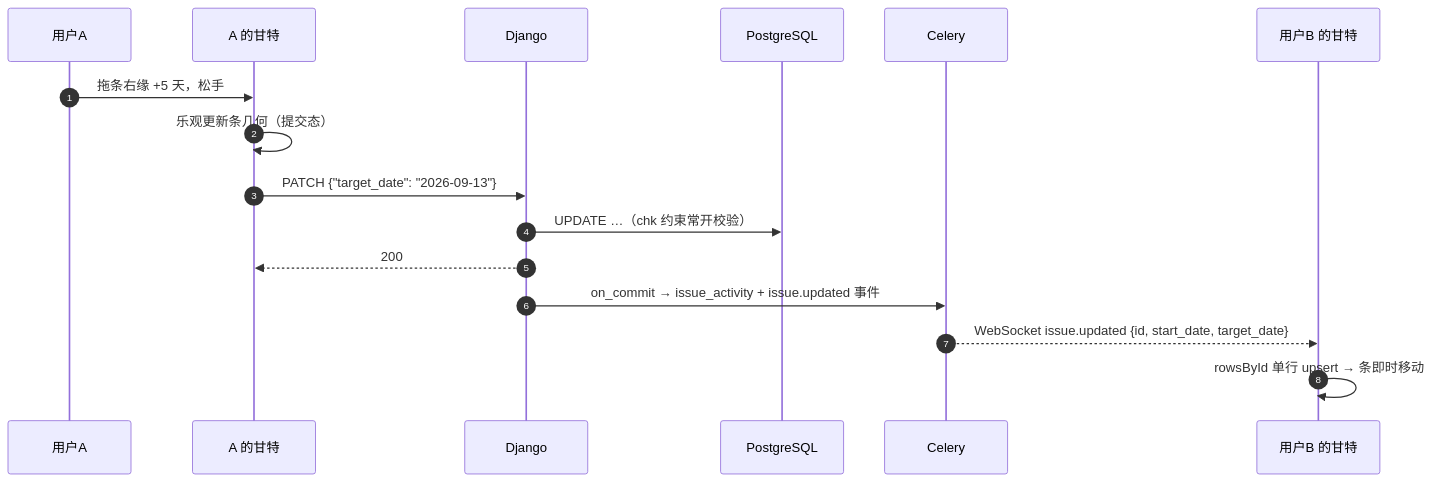
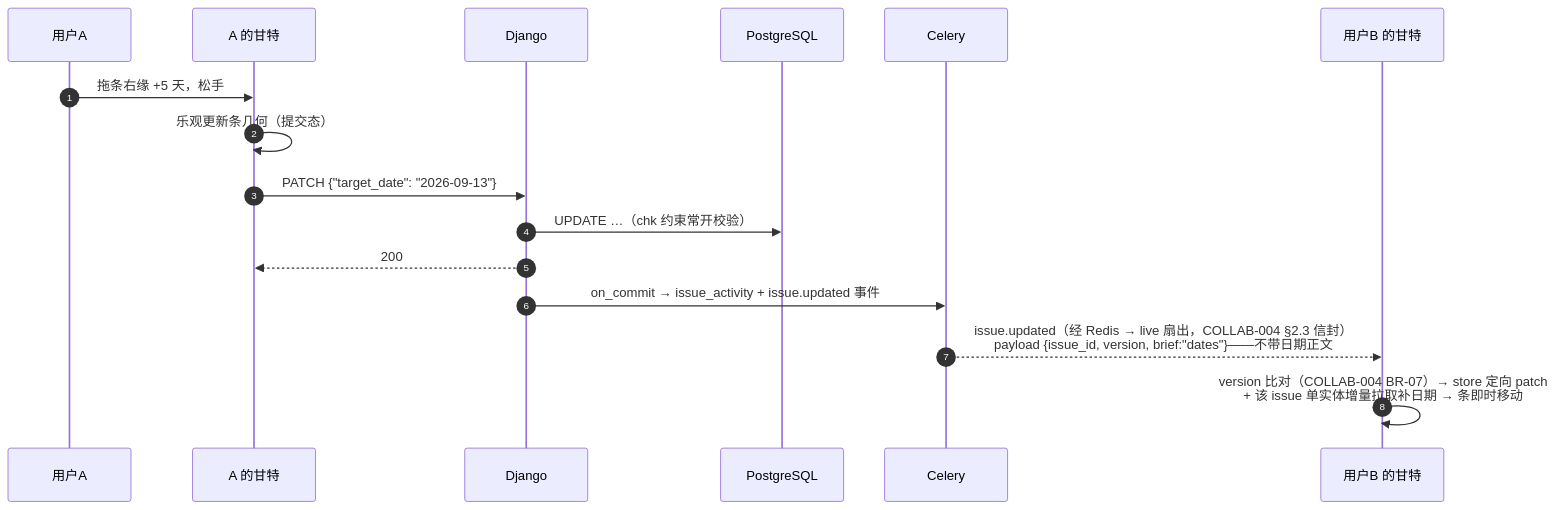
One commit to RabbitAI-Lab/RabbitProjects changed the second of 2 diagrams in docs/sprint-4-gantt-file/GANTT-002-delay-export.md. Above: the diagram before and after it, drawn with Mermaid. The commit also changed other lines of this file and 6 other files, not shown here.

````diff
--- a/docs/sprint-4-gantt-file/GANTT-002-delay-export.md
+++ b/docs/sprint-4-gantt-file/GANTT-002-delay-export.md
@@ -118,19 +119,19 @@
 ```mermaid
 sequenceDiagram
     autonumber
     participant U as 用户A
     participant FE_A as A 的甘特
     participant API as Django
     participant PG as PostgreSQL
     participant CW as Celery
     participant FE_B as 用户B 的甘特
 
     U->>FE_A: 拖条右缘 +5 天，松手
     FE_A->>FE_A: 乐观更新条几何（提交态）
     FE_A->>API: PATCH {"target_date": "2026-09-13"}
     API->>PG: UPDATE …（chk 约束常开校验）
     API-->>FE_A: 200
     API->>CW: on_commit → issue_activity + issue.updated 事件
-    CW-->>FE_B: WebSocket issue.updated {id, start_date, target_date}
-    FE_B->>FE_B: rowsById 单行 upsert → 条即时移动
+    CW-->>FE_B: issue.updated（经 Redis → live 扇出，COLLAB-004 §2.3 信封）<br/>payload {issue_id, version, brief:"dates"}——不带日期正文
+    FE_B->>FE_B: version 比对（COLLAB-004 BR-07）→ store 定向 patch<br/>+ 该 issue 单实体增量拉取补日期 → 条即时移动
 ```
````
